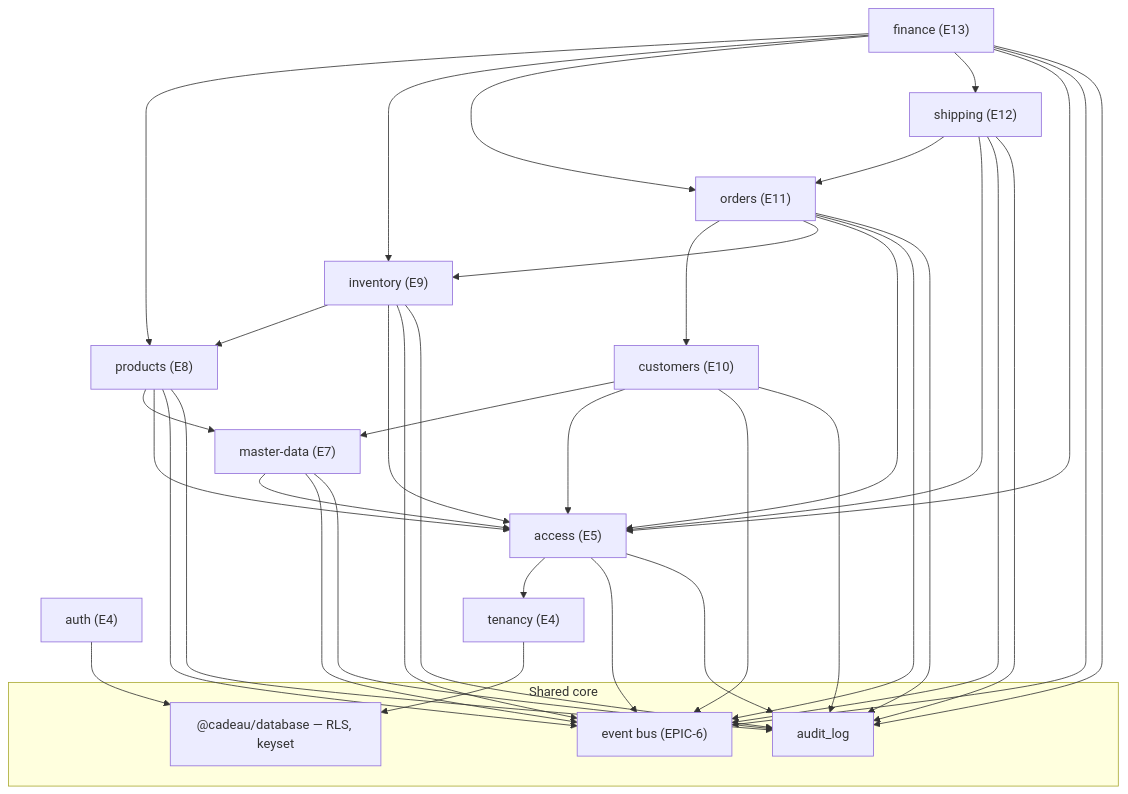
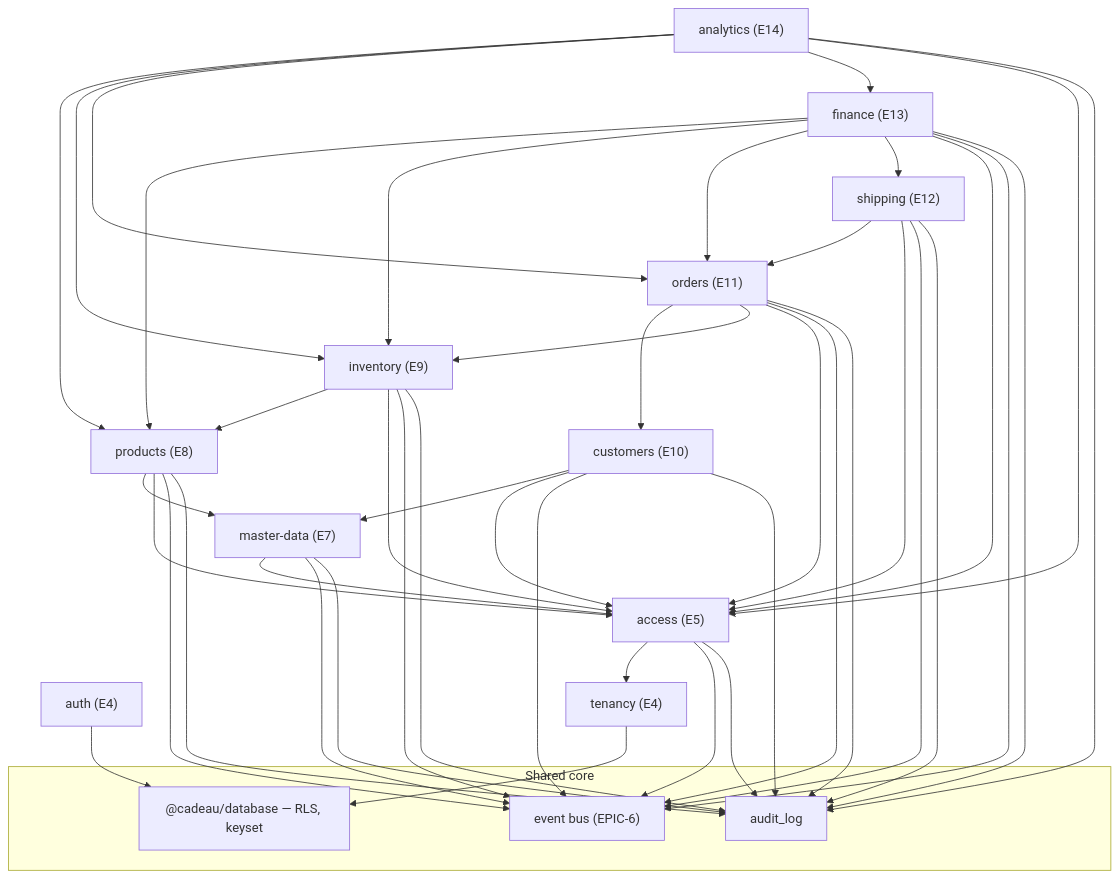
The diagram in docs/domain-map.md (anosait78-star/cadeau-backend), drawn with Mermaid before and after one commit. The commit also changed other lines of this file and 5 other files, not shown here.

````diff
--- a/docs/domain-map.md
+++ b/docs/domain-map.md
@@ -58,46 +59,53 @@
 ```mermaid
 graph TD
   subgraph core["Shared core"]
     BUS["event bus (EPIC-6)"]
     AUDIT["audit_log"]
     DB["@cadeau/database — RLS, keyset"]
   end
 
   AUTH["auth (E4)"] --> DB
   TEN["tenancy (E4)"] --> DB
   ACC["access (E5)"] --> TEN
   ACC --> BUS
   MD["master-data (E7)"] --> ACC
   MD --> BUS
   PROD["products (E8)"] --> MD
   PROD --> ACC
   PROD --> BUS
   INV["inventory (E9)"] --> PROD
   INV --> ACC
   INV --> BUS
   CUST["customers (E10)"] --> MD
   CUST --> ACC
   CUST --> BUS
   ORD["orders (E11)"] --> CUST
   ORD --> INV
   ORD --> ACC
   ORD --> BUS
   SHIP["shipping (E12)"] --> ORD
   SHIP --> ACC
   SHIP --> BUS
   FIN["finance (E13)"] --> PROD
   FIN --> INV
   FIN --> ORD
   FIN --> SHIP
   FIN --> ACC
   FIN --> BUS
 
+  ANA["analytics (E14)"] --> PROD
+  ANA --> INV
+  ANA --> ORD
+  ANA --> FIN
+  ANA --> ACC
+
   ACC --> AUDIT
   MD --> AUDIT
   PROD --> AUDIT
   INV --> AUDIT
   CUST --> AUDIT
   ORD --> AUDIT
   SHIP --> AUDIT
   FIN --> AUDIT
+  ANA --> AUDIT
 ```
````
